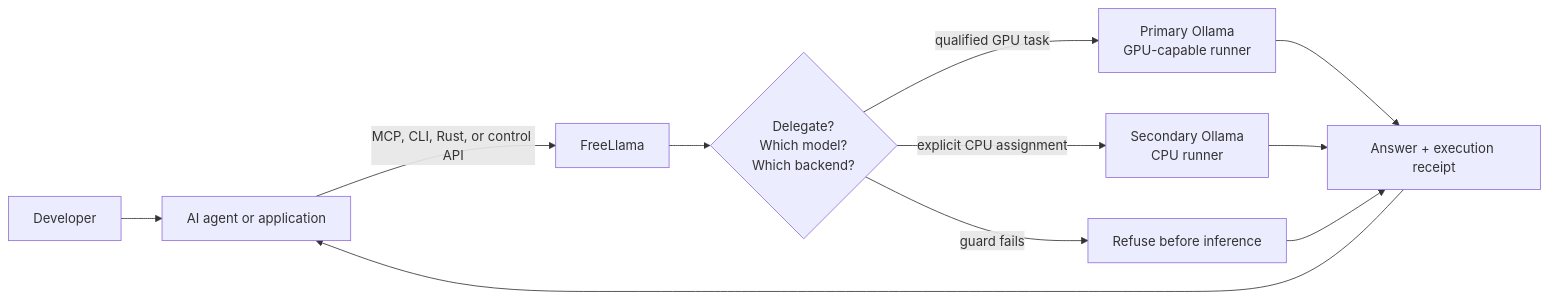
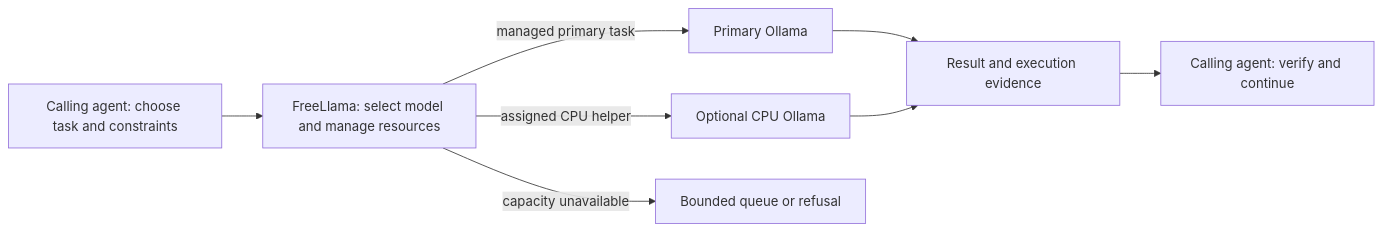
Before and after one commit to bgauryy/FreeLlama: the diagram in docs/PRODUCT_POSITIONING.md, drawn with Mermaid. The commit also changed other lines of this file and 84 other files, not shown here.

First line of the commit message:
Update flows (#8)

````diff
--- a/docs/PRODUCT_POSITIONING.md
+++ b/docs/PRODUCT_POSITIONING.md
@@ -32,13 +27,10 @@
 ```mermaid
 flowchart LR
-    U["Developer"] --> A["AI agent or application"]
-    A -->|"MCP, CLI, Rust, or control API"| F["FreeLlama"]
-    F --> D{"Delegate?\nWhich model?\nWhich backend?"}
-    D -->|"qualified GPU task"| G["Primary Ollama\nGPU-capable runner"]
-    D -->|"explicit CPU assignment"| C["Secondary Ollama\nCPU runner"]
-    D -->|"guard fails"| X["Refuse before inference"]
-    G --> E["Answer + execution receipt"]
-    C --> E
-    X --> E
-    E --> A
+    A["Calling agent: choose task and constraints"] --> F["FreeLlama: select model and manage resources"]
+    F -->|"managed primary task"| G["Primary Ollama"]
+    F -->|"assigned CPU helper"| C["Optional CPU Ollama"]
+    F -->|"capacity unavailable"| Q["Bounded queue or refusal"]
+    G --> R["Result and execution evidence"]
+    C --> R
+    R --> V["Calling agent: verify and continue"]
 ```
````
